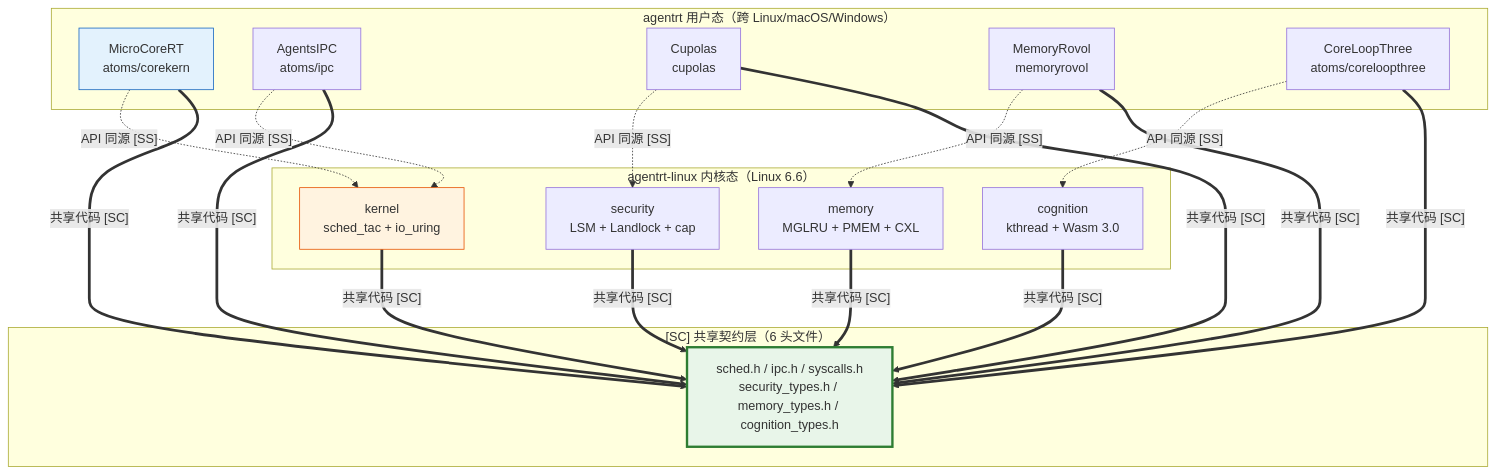
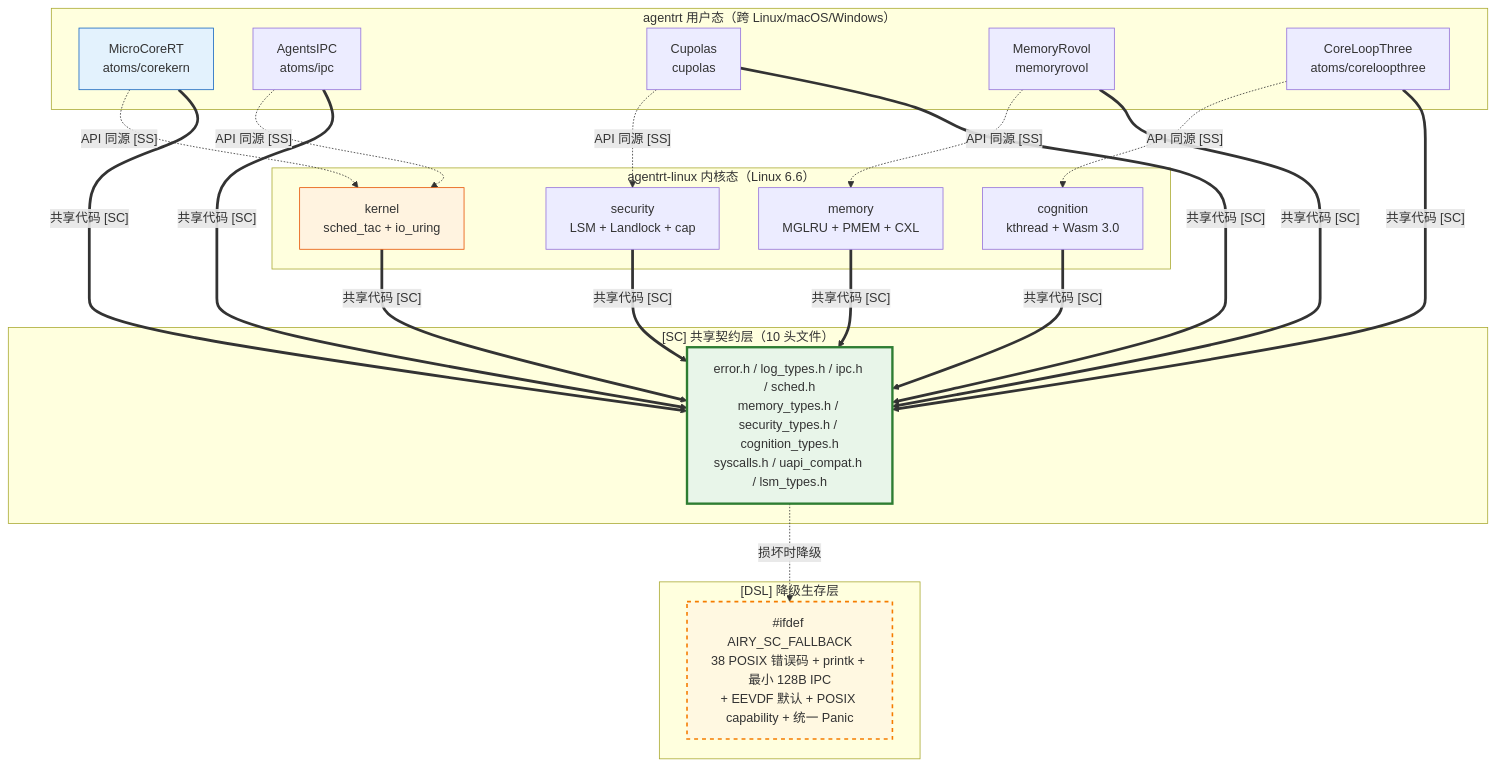
The diagram in AirymaxOS/10-architecture/01-system-architecture.md (openairymax/docs), drawn with Mermaid before and after one commit. The commit also changed other lines of this file and 71 other files, not shown here.

````diff
--- a/AirymaxOS/10-architecture/01-system-architecture.md
+++ b/AirymaxOS/10-architecture/01-system-architecture.md
@@ -291,41 +298,48 @@
 ```mermaid
 graph TB
     subgraph "agentrt 用户态（跨 Linux/macOS/Windows）"
         RT_CORE[MicroCoreRT<br/>atoms/corekern]
         RT_IPC[AgentsIPC<br/>atoms/ipc]
         RT_SEC[Cupolas<br/>cupolas]
         RT_MEM[MemoryRovol<br/>memoryrovol]
         RT_COG[CoreLoopThree<br/>atoms/coreloopthree]
     end
 
     subgraph "agentrt-linux 内核态（Linux 6.6）"
         OS_KERN[kernel<br/>sched_tac + io_uring]
         OS_SEC[security<br/>LSM + Landlock + cap]
         OS_MEM[memory<br/>MGLRU + PMEM + CXL]
         OS_COG[cognition<br/>kthread + Wasm 3.0]
     end
 
-    subgraph "[SC] 共享契约层（6 头文件）"
-        SC[sched.h / ipc.h / syscalls.h<br/>security_types.h / memory_types.h / cognition_types.h]
+    subgraph "[SC] 共享契约层（10 头文件）"
+        SC[error.h / log_types.h / ipc.h / sched.h<br/>memory_types.h / security_types.h / cognition_types.h<br/>syscalls.h / uapi_compat.h / lsm_types.h]
+    end
+
+    subgraph "[DSL] 降级生存层"
+        DSL["#ifdef AIRY_SC_FALLBACK<br/>38 POSIX 错误码 + printk + 最小 128B IPC<br/>+ EEVDF 默认 + POSIX capability + 统一 Panic"]
     end
 
     RT_CORE -.->|"API 同源 [SS]"| OS_KERN
     RT_IPC -.->|"API 同源 [SS]"| OS_KERN
     RT_SEC -.->|"API 同源 [SS]"| OS_SEC
     RT_MEM -.->|"API 同源 [SS]"| OS_MEM
     RT_COG -.->|"API 同源 [SS]"| OS_COG
 
     RT_CORE ==>|"共享代码 [SC]"| SC
     RT_IPC ==>|"共享代码 [SC]"| SC
     RT_SEC ==>|"共享代码 [SC]"| SC
     RT_MEM ==>|"共享代码 [SC]"| SC
     RT_COG ==>|"共享代码 [SC]"| SC
     OS_KERN ==>|"共享代码 [SC]"| SC
     OS_SEC ==>|"共享代码 [SC]"| SC
     OS_MEM ==>|"共享代码 [SC]"| SC
     OS_COG ==>|"共享代码 [SC]"| SC
 
+    SC -.->|"损坏时降级"| DSL
+
     style SC fill:#e8f5e9,stroke:#2e7d32,stroke-width:3px
+    style DSL fill:#fff8e1,stroke:#f57c00,stroke-width:2px,stroke-dasharray: 5 5
     style RT_CORE fill:#e3f2fd,stroke:#1565c0
     style OS_KERN fill:#fff3e0,stroke:#e65100
 ```
````
